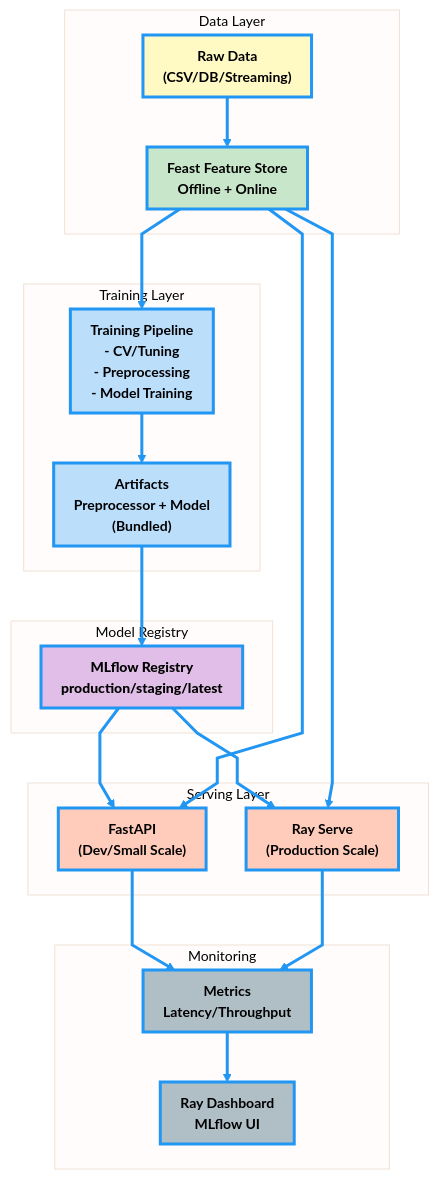
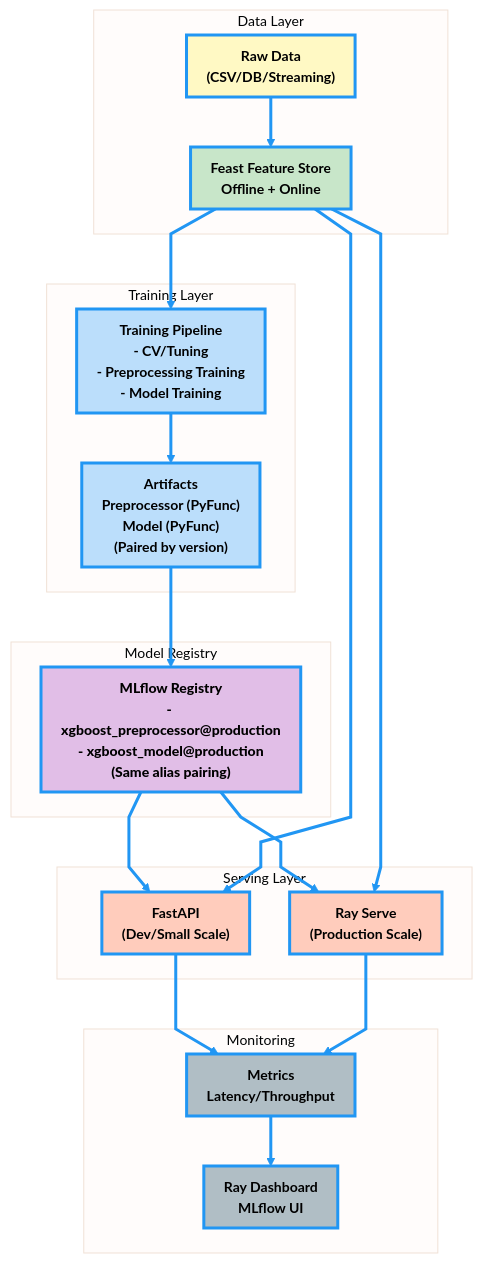
One commit to bambootran89/ml_pipeline_template changed the first of 5 diagrams in docs/architecture.md. Above: the diagram before and after it, drawn with Mermaid. The commit also changed other lines of this file and 2 other files, not shown here.

````diff
--- a/docs/architecture.md
+++ b/docs/architecture.md
@@ -16,73 +16,73 @@
 ```mermaid
 %%{init: {
   "theme": "base",
   "flowchart": {"nodeSpacing":40,"rankSpacing":50,"curve":"linear","padding":10},
   "themeVariables": {
     "primaryColor":"#e3f2fd",
     "lineColor":"#2196f3",
     "edgeLabelBackground":"#fff",
     "fontFamily":"Inter, Arial, sans-serif",
     "fontSize":"14px",
     "fontWeight":"600",
     "clusterBorderRadius":"10px",
     "nodeBorderRadius":"6px"
   }
 }}%%
 
 flowchart TB
     %% Styles
     classDef dataSource fill:#fff9c4,stroke:#2196f3,stroke-width:3px,color:#000,font-weight:700
     classDef featureStore fill:#c8e6c9,stroke:#2196f3,stroke-width:3px,color:#000,font-weight:700
     classDef training fill:#bbdefb,stroke:#2196f3,stroke-width:3px,color:#000,font-weight:700
     classDef registry fill:#e1bee7,stroke:#2196f3,stroke-width:3px,color:#000,font-weight:800
     classDef serving fill:#ffccbc,stroke:#2196f3,stroke-width:3px,color:#000,font-weight:700
     classDef monitoring fill:#b0bec5,stroke:#2196f3,stroke-width:3px,color:#000,font-weight:700
 
     %% Data Layer
     subgraph DataLayer["Data Layer"]
         RawData["Raw Data<br/>(CSV/DB/Streaming)"]:::dataSource
         Feast["Feast Feature Store<br/>Offline + Online"]:::featureStore
     end
 
     %% Training Layer
     subgraph TrainingLayer["Training Layer"]
-        Pipeline["Training Pipeline<br/>- CV/Tuning<br/>- Preprocessing<br/>- Model Training"]:::training
-        Artifacts["Artifacts<br/>Preprocessor + Model<br/>(Bundled)"]:::training
+        Pipeline["Training Pipeline<br/>- CV/Tuning<br/>- Preprocessing Training<br/>- Model Training"]:::training
+        Artifacts["Artifacts<br/>Preprocessor (PyFunc)<br/>Model (PyFunc)<br/>(Paired by version)"]:::training
     end
 
     %% Registry Layer
     subgraph RegistryLayer["Model Registry"]
-        MLflow["MLflow Registry<br/>production/staging/latest"]:::registry
+        MLflow["MLflow Registry<br/>- xgboost_preprocessor@production<br/>- xgboost_model@production<br/>(Same alias pairing)"]:::registry
     end
 
     %% Serving Layer
     subgraph ServingLayer["Serving Layer"]
         FastAPI["FastAPI<br/>(Dev/Small Scale)"]:::serving
         RayServe["Ray Serve<br/>(Production Scale)"]:::serving
     end
 
     %% Monitoring Layer
     subgraph MonitoringLayer["Monitoring"]
         Metrics["Metrics<br/>Latency/Throughput"]:::monitoring
         Dashboard["Ray Dashboard<br/>MLflow UI"]:::monitoring
     end
 
     %% Connections
     RawData ==> Feast
     Feast ==> Pipeline
     Pipeline ==> Artifacts
     Artifacts ==> MLflow
 
     MLflow ==> FastAPI
     MLflow ==> RayServe
 
     Feast ==> FastAPI
     Feast ==> RayServe
 
     FastAPI ==> Metrics
     RayServe ==> Metrics
     Metrics ==> Dashboard
 
     %% Edge emphasis
     linkStyle default stroke:#2196f3,stroke-width:3px
 ```
````
